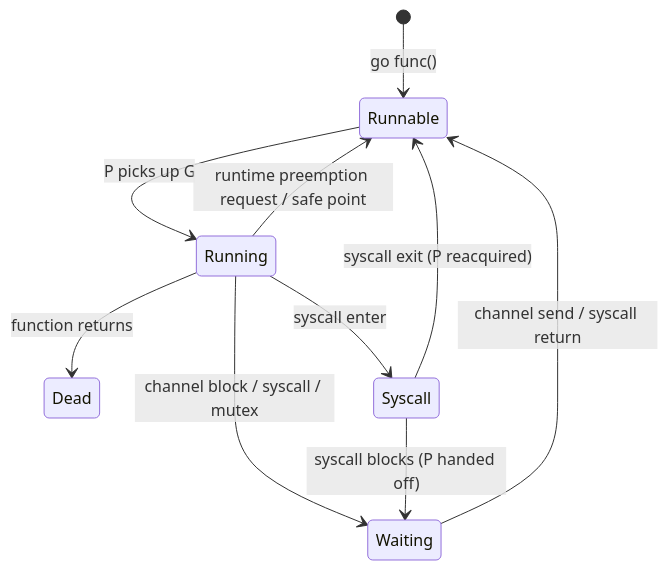
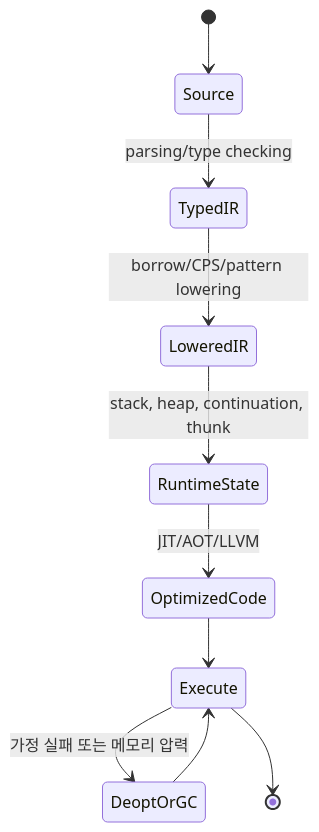
Before and after one commit to choisimo/document: the second of 2 diagrams in content/docs/books/cs-reference/ko/programming-languages-internals.md, drawn with Mermaid. The commit also changed other lines of this file and 432 other files, not shown here.

````diff
--- a/content/docs/books/cs-reference/ko/programming-languages-internals.md
+++ b/content/docs/books/cs-reference/ko/programming-languages-internals.md
@@ -58,12 +68,12 @@
 ```mermaid
 stateDiagram-v2
-    [*] --> Runnable: go func()
-    Runnable --> Running: P picks up G
-    Running --> Runnable: runtime preemption request / safe point
-    Running --> Waiting: channel block / syscall / mutex
-    Waiting --> Runnable: channel send / syscall return
-    Running --> Dead: function returns
-    Running --> Syscall: syscall enter
-    Syscall --> Runnable: syscall exit (P reacquired)
-    Syscall --> Waiting: syscall blocks (P handed off)
+    [*] --> Source
+    Source --> TypedIR: parsing/type checking
+    TypedIR --> LoweredIR: borrow/CPS/pattern lowering
+    LoweredIR --> RuntimeState: stack, heap, continuation, thunk
+    RuntimeState --> OptimizedCode: JIT/AOT/LLVM
+    OptimizedCode --> Execute
+    Execute --> DeoptOrGC: 가정 실패 또는 메모리 압력
+    DeoptOrGC --> Execute
+    Execute --> [*]
 ```
````
